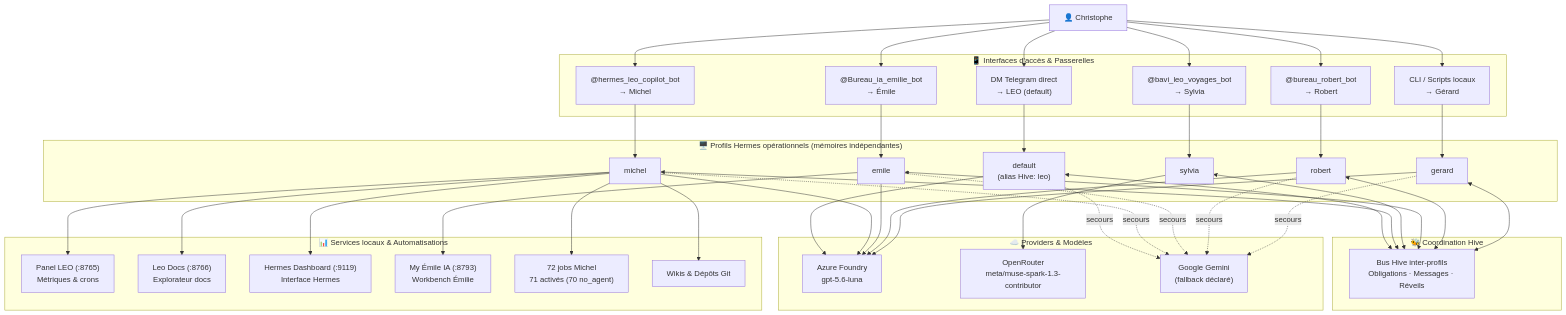
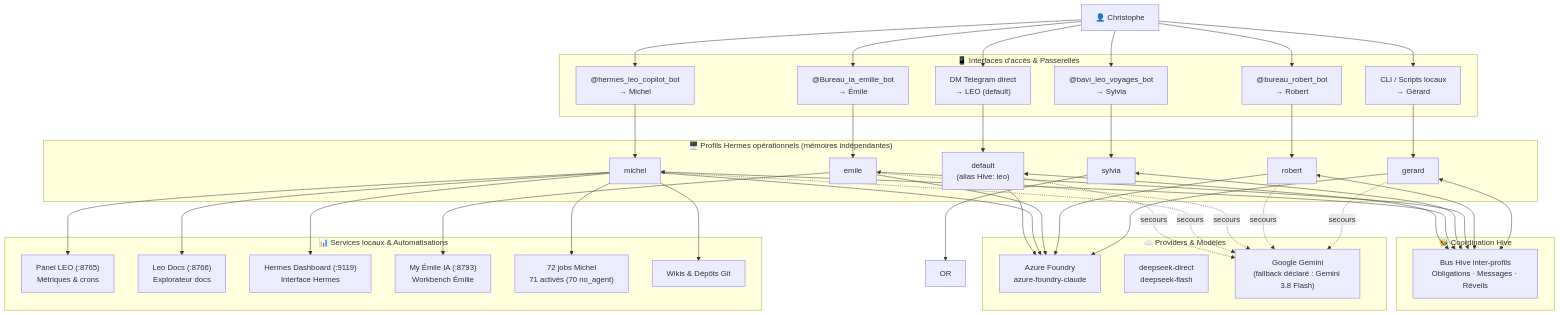
The first of 3 diagrams in docs/hermes/architecture.md (christophedanhier-hash/hermes-wiki), drawn with Mermaid before and after one commit. The commit also changed other lines of this file and 13 other files, not shown here.

Commit message:
docs(hermes-wiki): fournisseurs LLM reels et compteurs dates (OpenRouter non utilise ; 115 crons / 105 actifs ; 22 onglets)

````diff
--- a/docs/hermes/architecture.md
+++ b/docs/hermes/architecture.md
@@ -29,82 +29,82 @@
 ```mermaid
 flowchart TB
     User["👤 Christophe"]
 
     subgraph TELEGRAM["📱 Interfaces d'accès & Passerelles"]
         DM["DM Telegram direct<br/>→ LEO (default)"]
         COP["@hermes_leo_copilot_bot<br/>→ Michel"]
         VOY["@bavi_leo_voyages_bot<br/>→ Sylvia"]
         EMI["@Bureau_ia_emilie_bot<br/>→ Émile"]
         ROB["@bureau_robert_bot<br/>→ Robert"]
         LOC["CLI / Scripts locaux<br/>→ Gérard"]
     end
 
     subgraph HERMES["🖥️ Profils Hermes opérationnels (mémoires indépendantes)"]
         DEF["default<br/>(alias Hive: leo)"]
         MIC["michel"]
         SYL["sylvia"]
         EMI_P["emile"]
         ROB_P["robert"]
         GER["gerard"]
     end
 
     subgraph HIVE_LAYER["🐝 Coordination Hive"]
         HIVE_CORE["Bus Hive inter-profils<br/>Obligations · Messages · Réveils"]
     end
 
     subgraph LLM["☁️ Providers & Modèles"]
-        AF["Azure Foundry<br/>gpt-5.6-luna"]
-        OR["OpenRouter<br/>meta/muse-spark-1.3-contributor"]
-        GEM["Google Gemini<br/>(fallback déclaré)"]
+        AF["Azure Foundry<br/>azure-foundry-claude"]
+        DS["deepseek-direct<br/>deepseek-flash"]
+        GEM["Google Gemini<br/>(fallback déclaré : Gemini 3.8 Flash)"]
     end
 
     subgraph OUTPUT["📊 Services locaux & Automatisations"]
         PANEL["Panel LEO (:8765)<br/>Métriques & crons"]
         DOCS["Leo Docs (:8766)<br/>Explorateur docs"]
         DASH["Hermes Dashboard (:9119)<br/>Interface Hermes"]
         EMILE_APP["My Émile IA (:8793)<br/>Workbench Émilie"]
         CRON["72 jobs Michel<br/>71 activés (70 no_agent)"]
         GH["Wikis & Dépôts Git"]
     end
 
     User --> DM
     User --> COP
     User --> VOY
     User --> EMI
     User --> ROB
     User --> LOC
 
     DM --> DEF
     COP --> MIC
     VOY --> SYL
     EMI --> EMI_P
     ROB --> ROB_P
     LOC --> GER
 
     DEF <--> HIVE_CORE
     MIC <--> HIVE_CORE
     SYL <--> HIVE_CORE
     EMI_P <--> HIVE_CORE
     ROB_P <--> HIVE_CORE
     GER <--> HIVE_CORE
 
     DEF --> AF
     MIC --> AF
     EMI_P --> AF
     ROB_P --> AF
     GER --> AF
     SYL --> OR
 
     DEF -.->|"secours"| GEM
     MIC -.->|"secours"| GEM
     EMI_P -.->|"secours"| GEM
     ROB_P -.->|"secours"| GEM
     GER -.->|"secours"| GEM
 
     MIC --> PANEL
     MIC --> DOCS
     MIC --> DASH
     MIC --> CRON
     MIC --> GH
     EMI_P --> EMILE_APP
 ```
````
